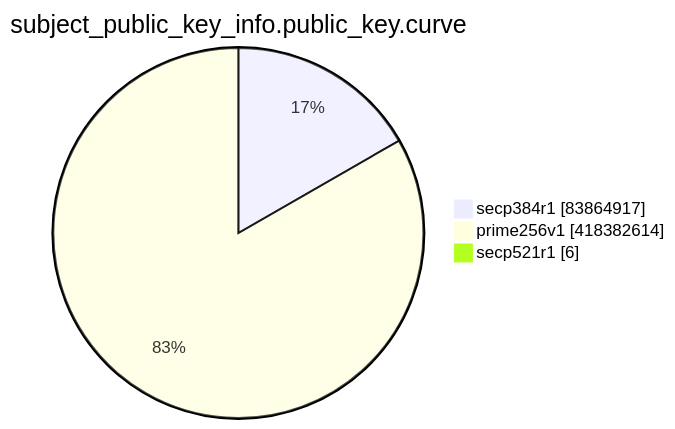
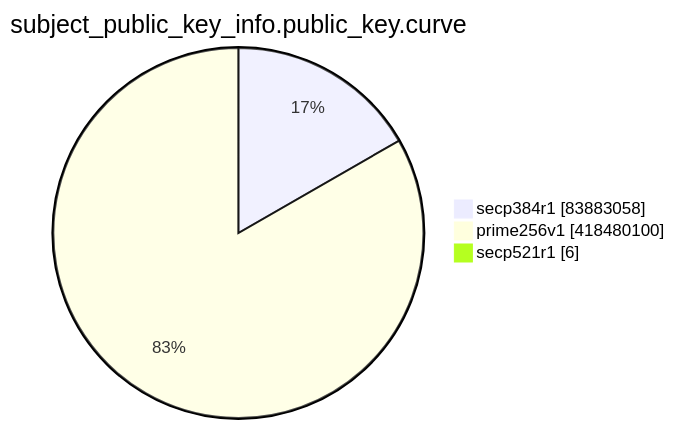
Before and after one commit to christiankrug/ctmonitor_visualization: the eighth of 15 diagrams in TOTAL/README.md, drawn with Mermaid. The commit also changed other lines of this file, not shown here.

````diff
--- a/TOTAL/README.md
+++ b/TOTAL/README.md
@@ -3098,7 +3099,7 @@
 ```mermaid
 pie showData
 title subject_public_key_info.public_key.curve
-"secp384r1" :83864917
-"prime256v1" :418382614
+"secp384r1" :83883058
+"prime256v1" :418480100
 "secp521r1" :6
 ```
````
